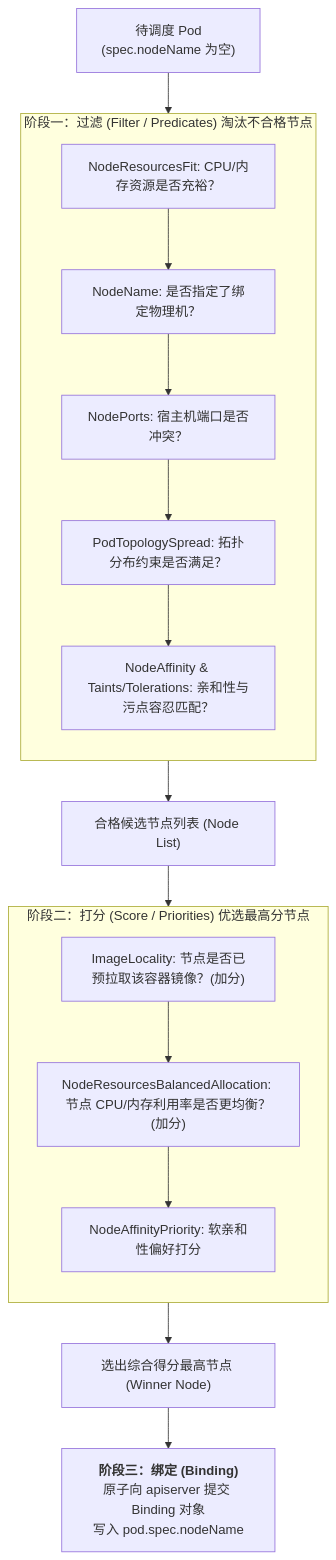
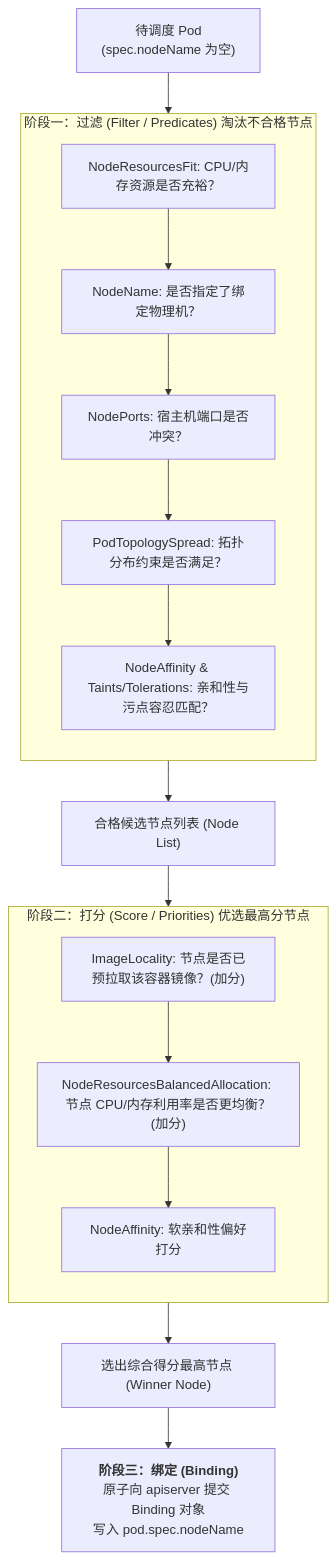
Before and after one commit to ifnodoraemon/ifnodoraemon.github.io: the third of 4 diagrams in content/zh/articles/k8s-control-plane-declarative-reconciliation.md, drawn with Mermaid. The commit also changed other lines of this file and 171 other files, not shown here.

````diff
--- a/content/zh/articles/k8s-control-plane-declarative-reconciliation.md
+++ b/content/zh/articles/k8s-control-plane-declarative-reconciliation.md
@@ -136,28 +136,28 @@
 ```mermaid
 flowchart TD
     PendingPod["待调度 Pod<br/>(spec.nodeName 为空)"] --> FilterPhase
 
     subgraph FilterPhase["阶段一：过滤 (Filter / Predicates) 淘汰不合格节点"]
         direction TB
         F1["NodeResourcesFit: CPU/内存资源是否充裕？"]
         F2["NodeName: 是否指定了绑定物理机？"]
         F3["NodePorts: 宿主机端口是否冲突？"]
         F4["PodTopologySpread: 拓扑分布约束是否满足？"]
         F5["NodeAffinity & Taints/Tolerations: 亲和性与污点容忍匹配？"]
         F1 --> F2 --> F3 --> F4 --> F5
     end
 
     FilterPhase --> QualifiedNodes["合格候选节点列表 (Node List)"]
 
     subgraph ScorePhase["阶段二：打分 (Score / Priorities) 优选最高分节点"]
         direction TB
         S1["ImageLocality: 节点是否已预拉取该容器镜像？(加分)"]
         S2["NodeResourcesBalancedAllocation: 节点 CPU/内存利用率是否更均衡？(加分)"]
-        S3["NodeAffinityPriority: 软亲和性偏好打分"]
+        S3["NodeAffinity: 软亲和性偏好打分"]
         S1 --> S2 --> S3
     end
 
     QualifiedNodes --> ScorePhase
     ScorePhase --> PickWinner["选出综合得分最高节点 (Winner Node)"]
     PickWinner --> Binding["<b>阶段三：绑定 (Binding)</b><br/>原子向 apiserver 提交 Binding 对象<br/>写入 pod.spec.nodeName"]
 ```
````
